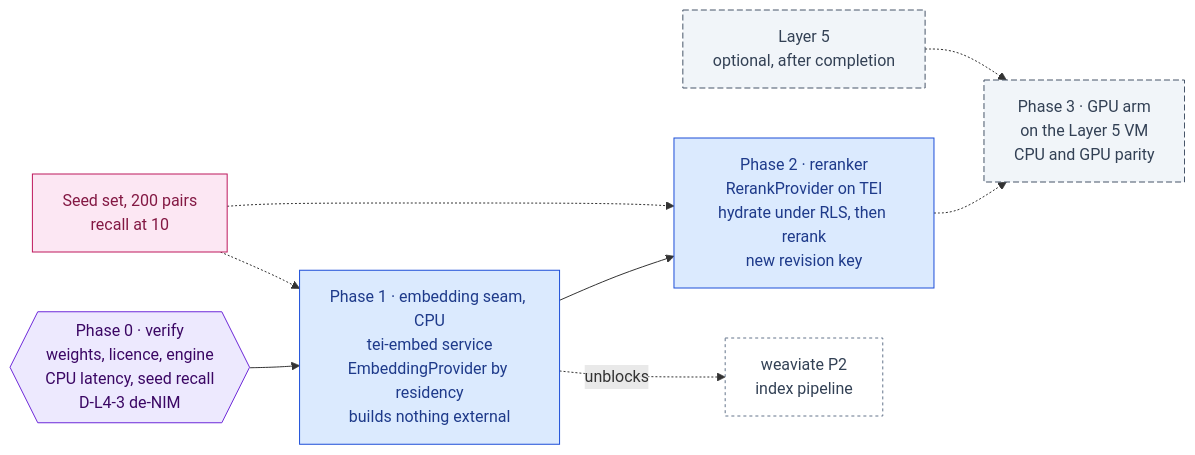
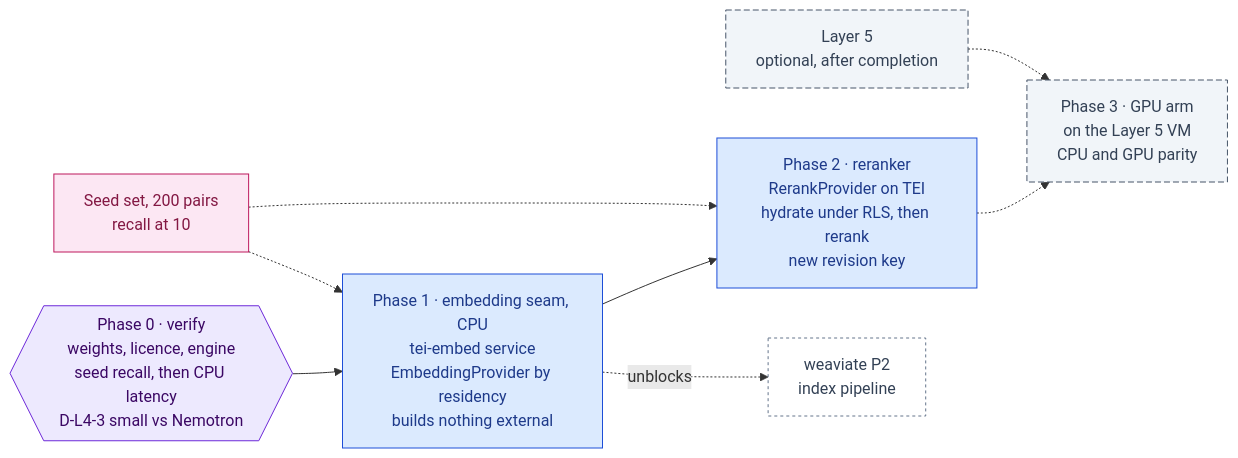
The diagram in docs/ai-architecture/nemotron-retriever.md (RodnaPamet/inflect-compliance), drawn with Mermaid before and after one commit. The commit also changed other lines of this file and 287 other files, not shown here.

First line of the commit message:
AI roadmap waves 0–1: owner decisions, 22 phases built across 15 roadmaps (#5323)

````diff
--- a/docs/ai-architecture/nemotron-retriever.md
+++ b/docs/ai-architecture/nemotron-retriever.md
@@ -30,23 +30,23 @@
 ```mermaid
 flowchart LR
-  P0{{"Phase 0 · verify<br/>weights, licence, engine<br/>CPU latency, seed recall<br/>D-L4-3 de-NIM"}}:::gate
+  P0{{"Phase 0 · verify<br/>weights, licence, engine<br/>seed recall, then CPU latency<br/>D-L4-3 small vs Nemotron"}}:::gate
   P1["Phase 1 · embedding seam, CPU<br/>tei-embed service<br/>EmbeddingProvider by residency<br/>builds nothing external"]:::todo
   P2["Phase 2 · reranker<br/>RerankProvider on TEI<br/>hydrate under RLS, then rerank<br/>new revision key"]:::todo
   P3["Phase 3 · GPU arm<br/>on the Layer 5 VM<br/>CPU and GPU parity"]:::optional
   SEED["Seed set, 200 pairs<br/>recall at 10"]:::eval
   MOD["Layer 5<br/>optional, after completion"]:::optional
   WV["weaviate P2<br/>index pipeline"]:::ext
   P0 --> P1 --> P2
   P2 -.-> P3
   SEED -.-> P1
   SEED -.-> P2
   MOD -.-> P3
   P1 -.->|unblocks| WV
 
   classDef done fill:#d1fae5,stroke:#047857,color:#064e3b
   classDef todo fill:#dbeafe,stroke:#1d4ed8,color:#1e3a8a
   classDef gate fill:#ede9fe,stroke:#6d28d9,color:#3b0764
   classDef ext fill:#ffffff,stroke:#64748b,color:#334155,stroke-dasharray:3 3
   classDef eval fill:#fce7f3,stroke:#be185d,color:#831843
   classDef optional fill:#f1f5f9,stroke:#475569,color:#334155,stroke-dasharray:6 3
 ```
````
